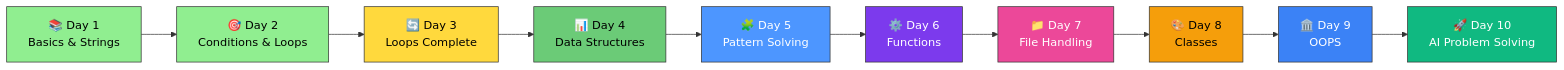
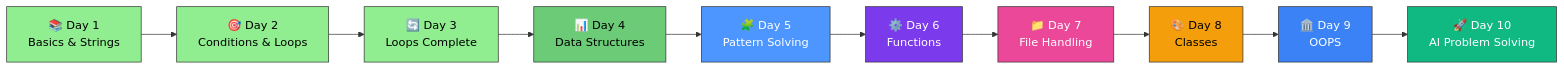
The diagram in Readme.md (Shivambansal96/Python-SVCE-Tirupati), drawn with Mermaid before and after one commit. The commit also changed other lines of this file and 1 other file, not shown here.

````diff
--- a/Readme.md
+++ b/Readme.md
@@ -137,23 +145,23 @@
 ```mermaid
 graph LR
     A["📚 Day 1<br/>Basics & Strings"] --> B["🎯 Day 2<br/>Conditions & Loops"]
     B --> C["🔄 Day 3<br/>Loops Complete"]
     C --> D["📊 Day 4<br/>Data Structures"]
     D --> E["🧩 Day 5<br/>Pattern Solving"]
     E --> F["⚙️ Day 6<br/>Functions"]
     F --> G["📁 Day 7<br/>File Handling"]
     G --> H["🎨 Day 8<br/>Classes"]
     H --> I["🏛️ Day 9<br/>OOPS"]
     I --> J["🚀 Day 10<br/>AI Problem Solving"]
     
     style A fill:#90EE90,stroke:#333,color:#000
     style B fill:#90EE90,stroke:#333,color:#000
-    style C fill:#FFD93D,stroke:#333,color:#000
+    style C fill:#90EE90,stroke:#333,color:#000
     style D fill:#6BCB77,stroke:#333,color:#000
     style E fill:#4D96FF,stroke:#333,color:#fff
     style F fill:#7C3AED,stroke:#333,color:#fff
     style G fill:#EC4899,stroke:#333,color:#fff
     style H fill:#F59E0B,stroke:#333,color:#000
     style I fill:#3B82F6,stroke:#333,color:#fff
     style J fill:#10B981,stroke:#333,color:#fff
 ```
````
